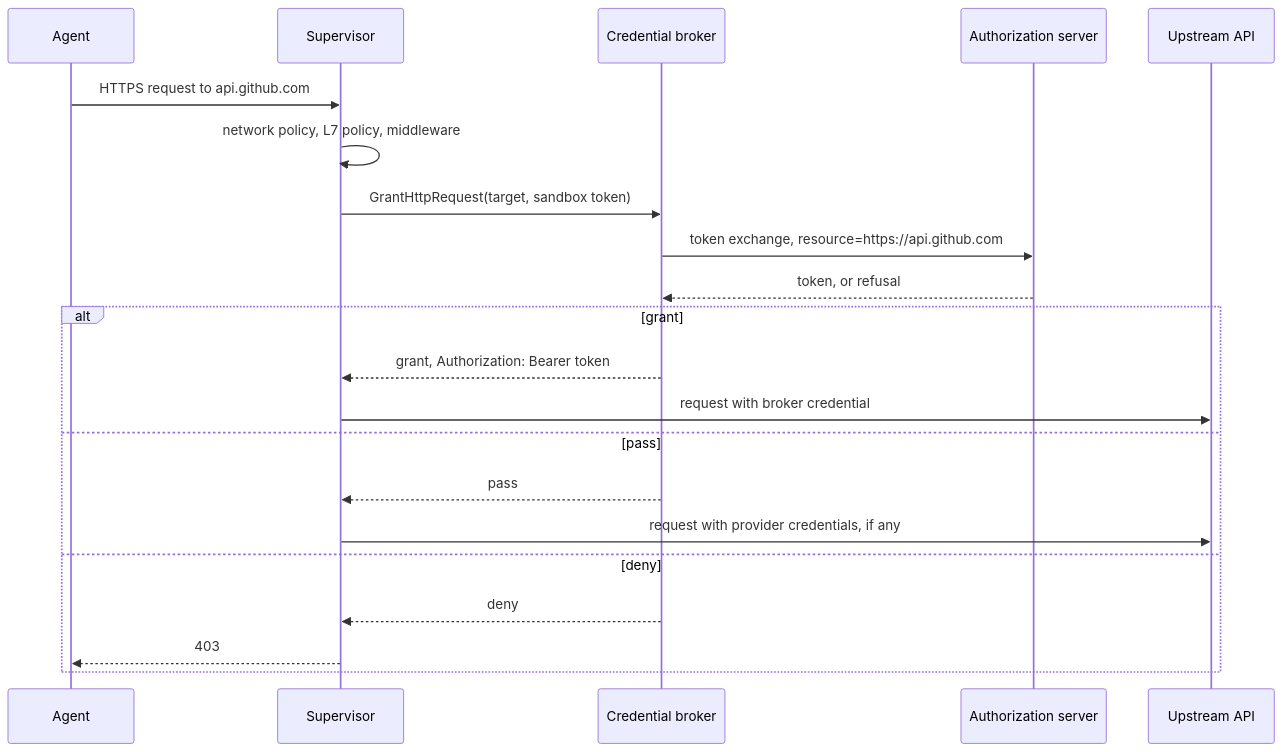
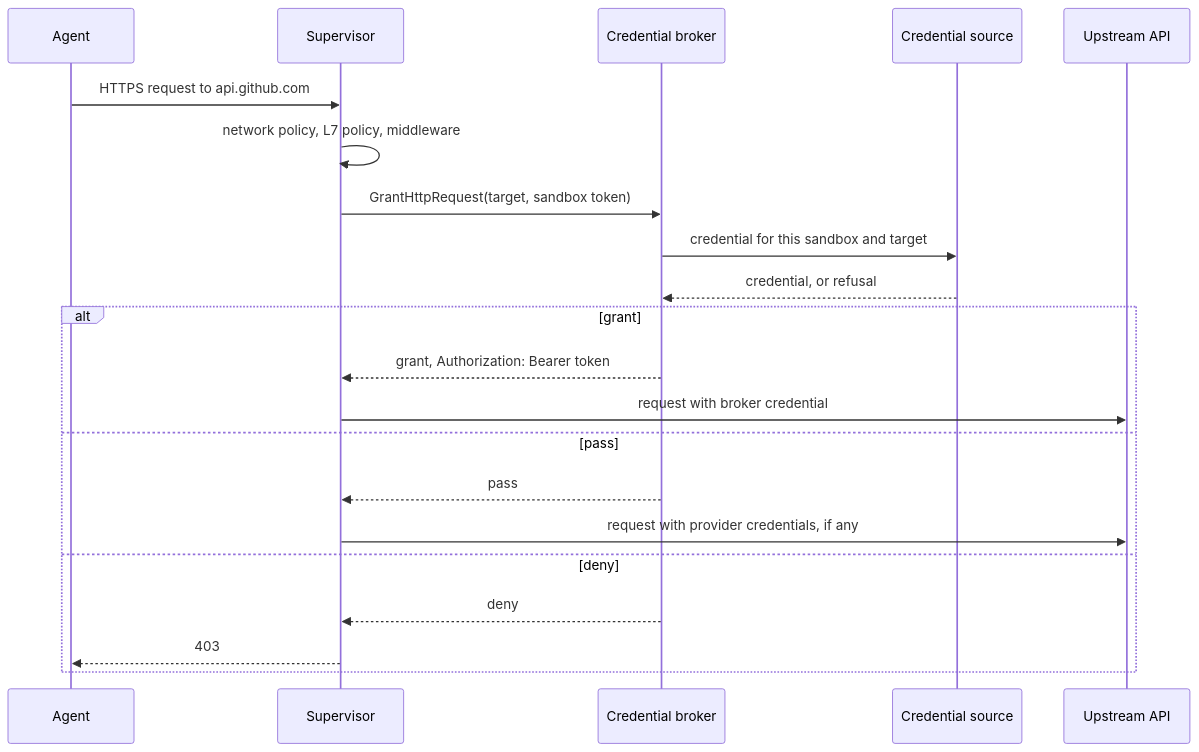
The diagram in rfc/NNNN-credential-brokers/README.md (keycard-sandbox/OpenShell), drawn with Mermaid before and after one commit. The commit also changed other lines of this file, not shown here.

First line of the commit message:
docs(rfc): keep the credential broker's credential source generic

````diff
--- a/rfc/NNNN-credential-brokers/README.md
+++ b/rfc/NNNN-credential-brokers/README.md
@@ -209,24 +207,24 @@
 ```mermaid
 sequenceDiagram
     participant Agent
     participant Supervisor
     participant Broker as Credential broker
-    participant AS as Authorization server
+    participant Source as Credential source
     participant API as Upstream API
 
     Agent->>Supervisor: HTTPS request to api.github.com
     Supervisor->>Supervisor: network policy, L7 policy, middleware
     Supervisor->>Broker: GrantHttpRequest(target, sandbox token)
-    Broker->>AS: token exchange, resource=https://api.github.com
-    AS-->>Broker: token, or refusal
+    Broker->>Source: credential for this sandbox and target
+    Source-->>Broker: credential, or refusal
     alt grant
         Broker-->>Supervisor: grant, Authorization: Bearer token
         Supervisor->>API: request with broker credential
     else pass
         Broker-->>Supervisor: pass
         Supervisor->>API: request with provider credentials, if any
     else deny
         Broker-->>Supervisor: deny
         Supervisor-->>Agent: 403
     end
 ```
````
